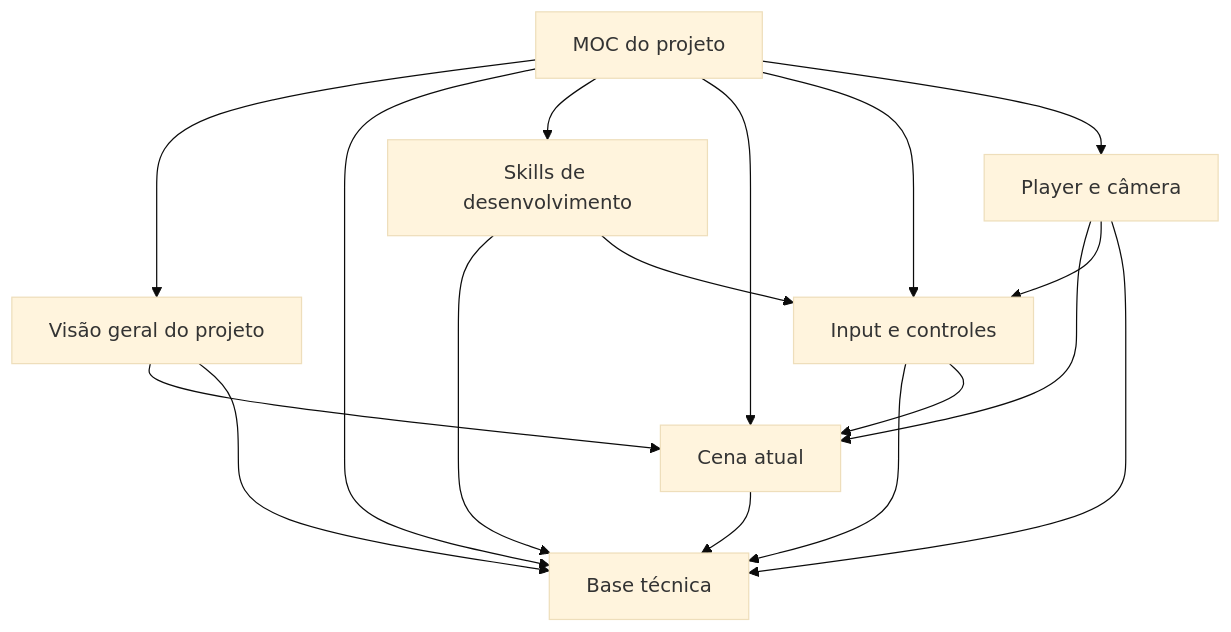
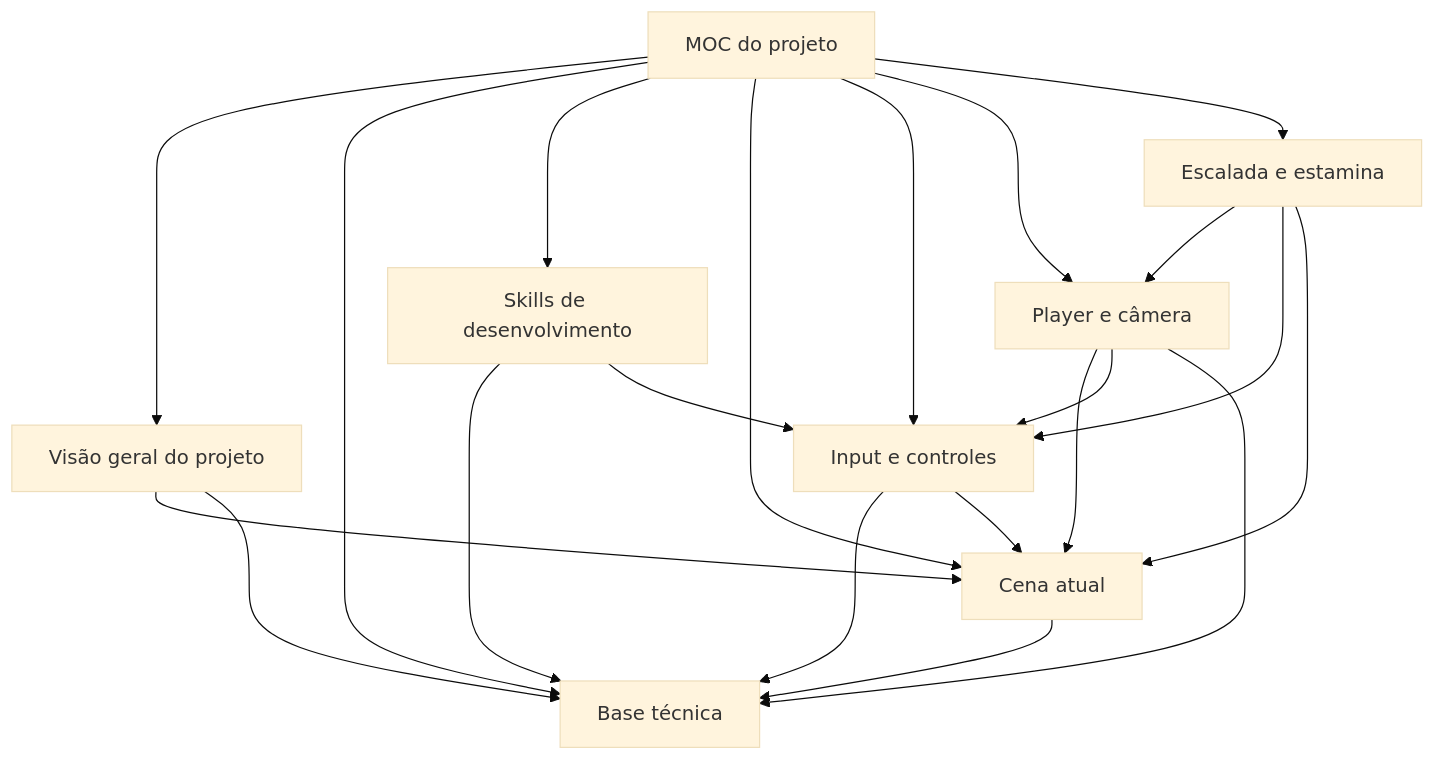
Before and after one commit to AlexYagam1/Ho-and-the-Bells-Guardians: the diagram in Assets/SecondBrain/00 - MOC.md, drawn with Mermaid (base theme). The commit also changed other lines of this file and 32 other files, not shown here.

````diff
--- a/Assets/SecondBrain/00 - MOC.md
+++ b/Assets/SecondBrain/00 - MOC.md
@@ -19,19 +20,23 @@
 ```mermaid
 graph TD
     MOC[ MOC do projeto ] --> P[ Visão geral do projeto ]
     MOC --> TEC[ Base técnica ]
     MOC --> SKILLS[ Skills de desenvolvimento ]
     MOC --> CENA[ Cena atual ]
     MOC --> INPUT[ Input e controles ]
     MOC --> PLAYER[ Player e câmera ]
+    MOC --> CLIMB[ Escalada e estamina ]
+    CLIMB --> PLAYER
+    CLIMB --> INPUT
+    CLIMB --> CENA
     PLAYER --> CENA
     PLAYER --> INPUT
     PLAYER --> TEC
     P --> CENA
     P --> TEC
     SKILLS --> TEC
     SKILLS --> INPUT
     CENA --> TEC
     INPUT --> TEC
     INPUT --> CENA
 ```
````
